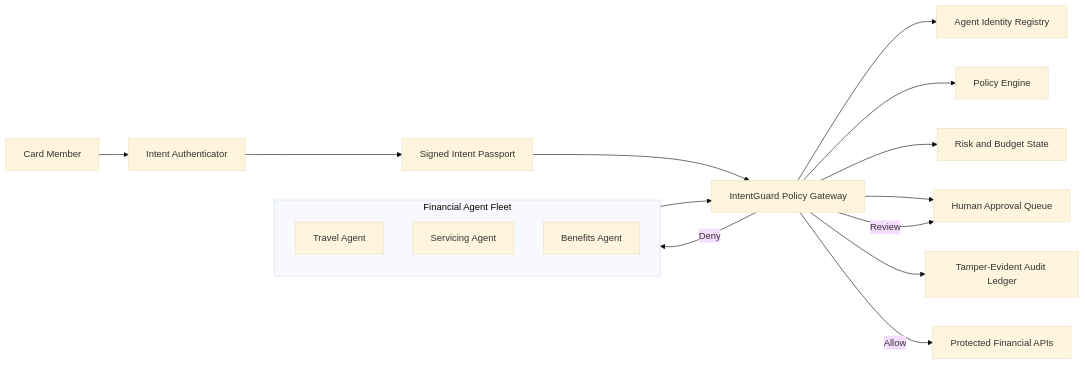
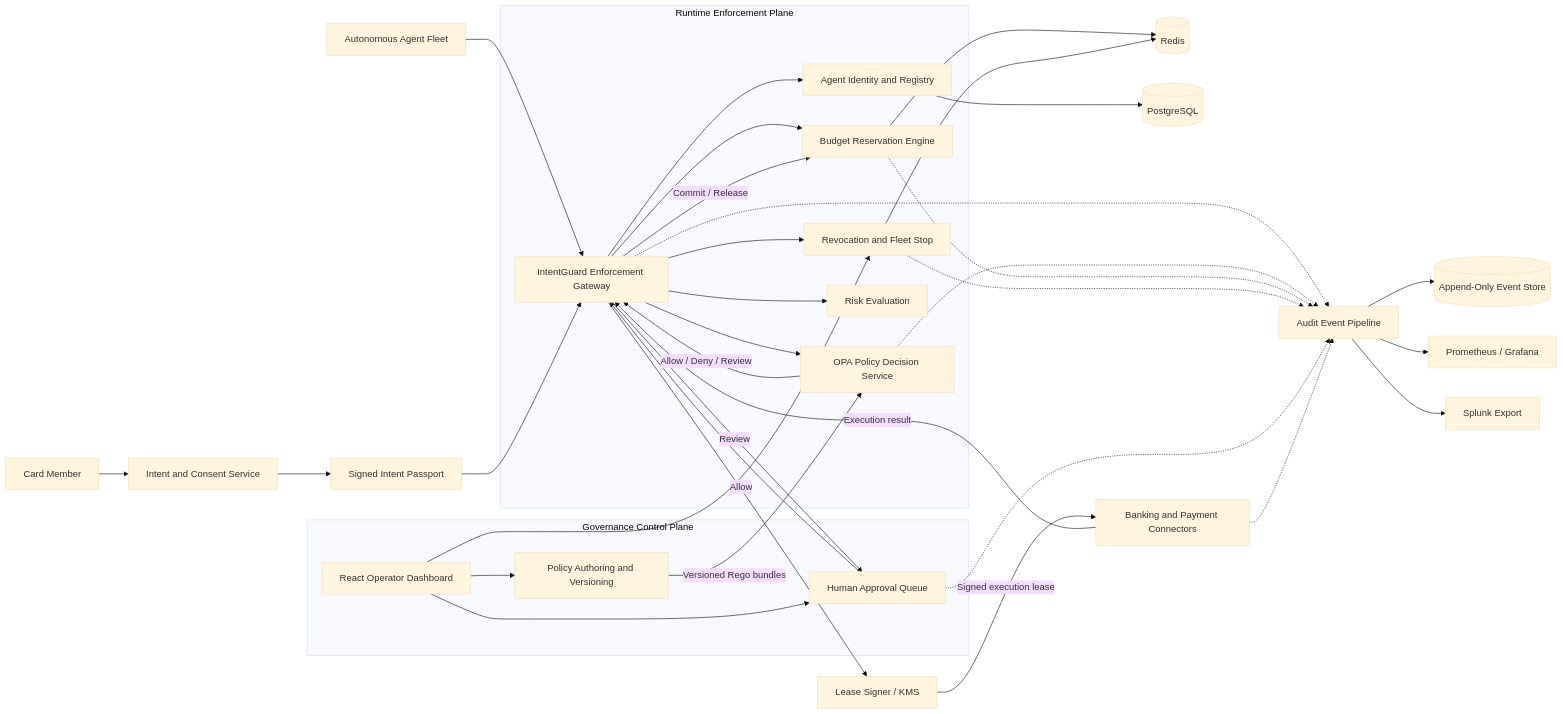
One commit to RatnamOjha/IntentGuard changed the first of 2 diagrams in docs/architecture.md. Above: the diagram before and after it, drawn with Mermaid (base theme). The commit also changed other lines of this file and 35 other files, not shown here.

Commit message:
Add IntentGuard operator console prototype

````diff
--- a/docs/architecture.md
+++ b/docs/architecture.md
@@ -8,24 +10,46 @@
 ```mermaid
 flowchart LR
-    CM["Card Member"] --> IA["Intent Authenticator"]
-    IA --> IP["Signed Intent Passport"]
+    CM["Card Member"] --> IS["Intent and Consent Service"]
+    IS --> IP["Signed Intent Passport"]
 
-    subgraph Fleet["Financial Agent Fleet"]
-        TA["Travel Agent"]
-        SA["Servicing Agent"]
-        BA["Benefits Agent"]
+    AA["Autonomous Agent Fleet"] --> GW["IntentGuard Enforcement Gateway"]
+    IP --> GW
+
+    subgraph Runtime["Runtime Enforcement Plane"]
+        GW --> ID["Agent Identity and Registry"]
+        GW --> PDP["OPA Policy Decision Service"]
+        GW --> BR["Budget Reservation Engine"]
+        GW --> RV["Revocation and Fleet Stop"]
+        GW --> RA["Risk Evaluation"]
     end
 
-    IP --> PG["IntentGuard Policy Gateway"]
-    Fleet --> PG
+    PDP -->|"Allow / Deny / Review"| GW
+    BR --> Redis[("Redis")]
+    RV --> Redis
+    ID --> PG[("PostgreSQL")]
 
-    PG --> ID["Agent Identity Registry"]
-    PG --> PE["Policy Engine"]
-    PG --> RB["Risk and Budget State"]
-    PG --> AQ["Human Approval Queue"]
-    PG --> AL["Tamper-Evident Audit Ledger"]
+    GW -->|"Review"| HA["Human Approval Queue"]
+    HA --> GW
 
-    PG -->|"Allow"| TOOLS["Protected Financial APIs"]
-    PG -->|"Deny"| Fleet
-    PG -->|"Review"| AQ
+    GW -->|"Allow"| KMS["Lease Signer / KMS"]
+    KMS -->|"Signed execution lease"| API["Banking and Payment Connectors"]
+    API -->|"Execution result"| GW
+    GW -->|"Commit / Release"| BR
+
+    subgraph Control["Governance Control Plane"]
+        UI["React Operator Dashboard"] --> PC["Policy Authoring and Versioning"]
+        UI --> RV
+        UI --> HA
+        PC -->|"Versioned Rego bundles"| PDP
+    end
+
+    GW -.-> AE["Audit Event Pipeline"]
+    PDP -.-> AE
+    BR -.-> AE
+    RV -.-> AE
+    HA -.-> AE
+    API -.-> AE
+    AE --> ES[("Append-Only Event Store")]
+    AE --> OBS["Prometheus / Grafana"]
+    AE --> SPL["Splunk Export"]
 ```
````
